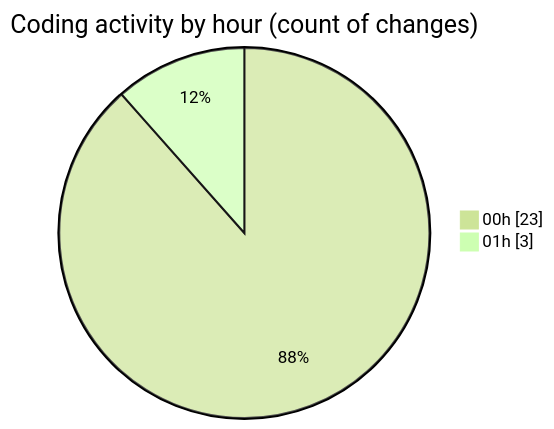
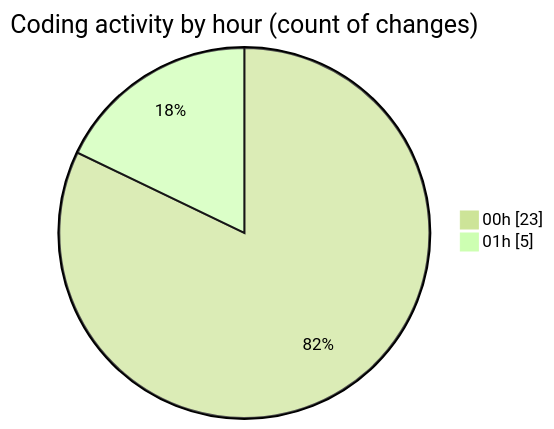
Before and after one commit to donsfak/code-tracking: the second of 2 diagrams in 2025-10-20/weather_insights_app/README.md, drawn with Mermaid (forest theme). The commit also changed other lines of this file and 1 other file, not shown here.

````diff
--- a/2025-10-20/weather_insights_app/README.md
+++ b/2025-10-20/weather_insights_app/README.md
@@ -37,6 +37,6 @@
 ```mermaid
 pie showData
 title Coding activity by hour (count of changes)
 "00h" : 23
-"01h" : 3
+"01h" : 5
 ```
````
